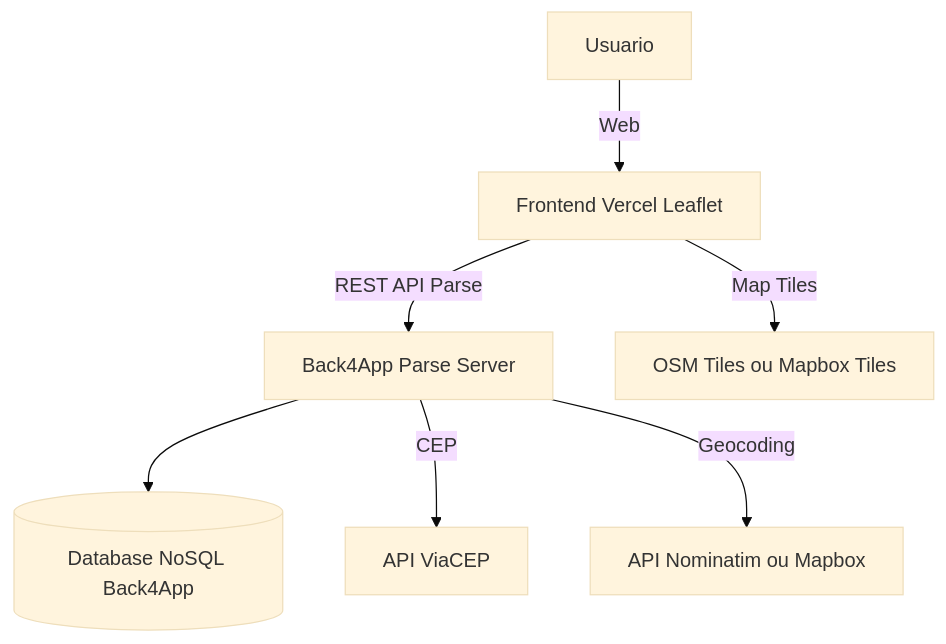
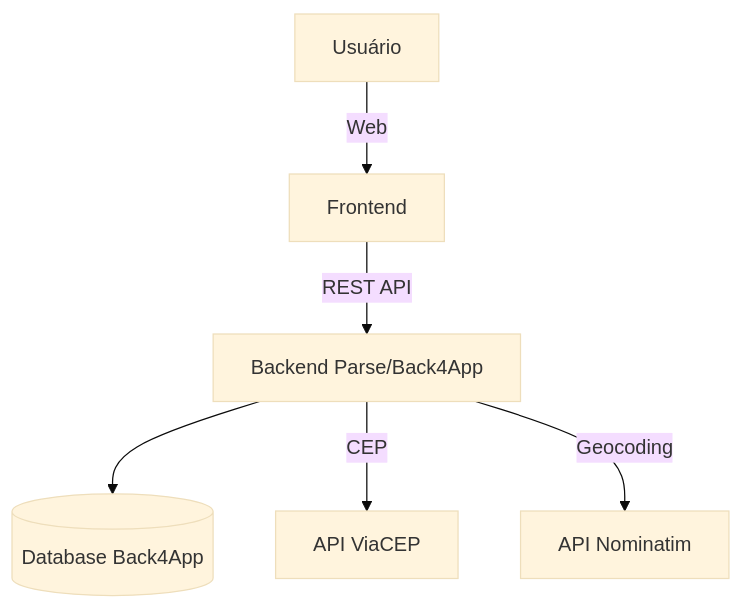
The diagram in README.md (adsgrupo12/projeto-desenrola-ai), drawn with Mermaid (base theme) before and after one commit. The commit also changed other lines of this file and 41 other files, not shown here.

````diff
--- a/README.md
+++ b/README.md
@@ -30,10 +26,8 @@
 ```mermaid
 flowchart TD
-  A[Usuario] -->|Web| B[Frontend Vercel Leaflet]
-  B -->|REST API Parse| C[Back4App Parse Server]
-  C --> D[(Database NoSQL Back4App)]
+  A[Usuário] -->|Web| B[Frontend]
+  B -->|REST API| C[Backend Parse/Back4App]
+  C --> D[(Database Back4App)]
   C -->|CEP| E[API ViaCEP]
-  C -->|Geocoding| F[API Nominatim ou Mapbox]
-  B -->|Map Tiles| G[OSM Tiles ou Mapbox Tiles]
-
+  C -->|Geocoding| F[API Nominatim]
 ```
````
